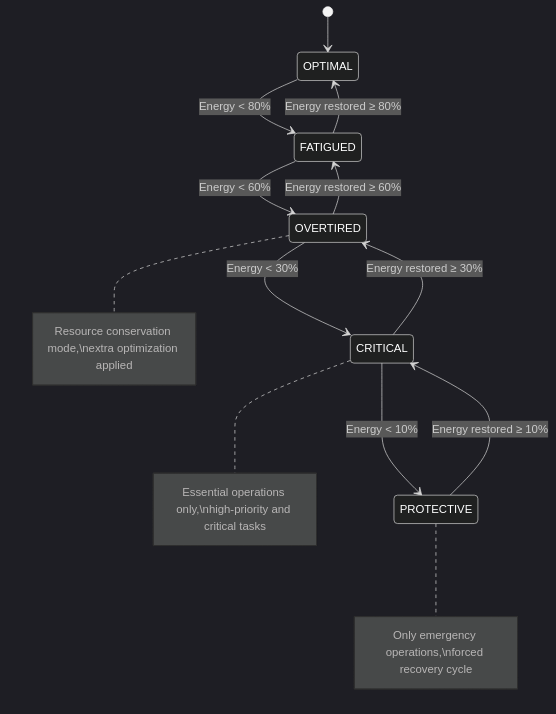
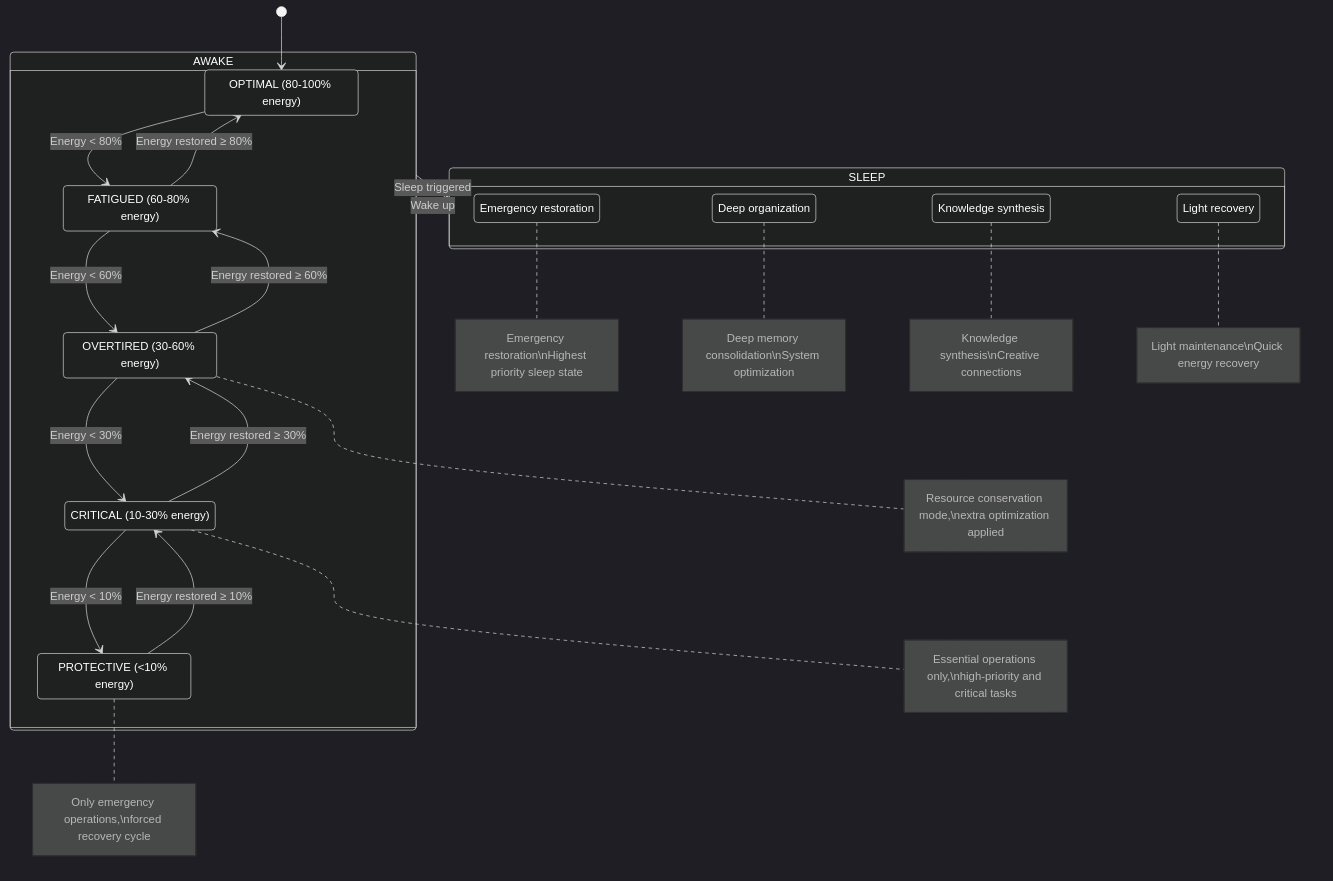
One commit to Ollama-Agent-Roll-Cage/oarc-rag changed the first of 2 diagrams in docs/Cognition.md. Above: the diagram before and after it, drawn with Mermaid. The commit also changed other lines of this file and 2 other files, not shown here.

````diff
--- a/docs/Cognition.md
+++ b/docs/Cognition.md
@@ -133,29 +152,53 @@
 ```mermaid
 %%{init: {
     'theme': 'dark',
     'themeVariables': {
         'background': 'transparent',
         'primaryColor': '#ffffff',
         'primaryTextColor': '#ffffff',
         'primaryBorderColor': '#ffffff',
         'lineColor': '#ffffff',
         'fontSize': '16px',
         'fontFamily': 'arial'
     }
 }}%%
 
 stateDiagram-v2
-    [*] --> OPTIMAL
-    OPTIMAL --> FATIGUED: Energy < 80%
-    FATIGUED --> OPTIMAL: Energy restored ≥ 80%
-    FATIGUED --> OVERTIRED: Energy < 60%
-    OVERTIRED --> FATIGUED: Energy restored ≥ 60%
-    OVERTIRED --> CRITICAL: Energy < 30%
-    CRITICAL --> OVERTIRED: Energy restored ≥ 30%
-    CRITICAL --> PROTECTIVE: Energy < 10%
-    PROTECTIVE --> CRITICAL: Energy restored ≥ 10%
+    [*] --> AWAKE_OPTIMAL
     
-    note right of PROTECTIVE: Only emergency operations,\nforced recovery cycle
-    note right of CRITICAL: Essential operations only,\nhigh-priority and critical tasks
-    note right of OVERTIRED: Resource conservation mode,\nextra optimization applied
+    state AWAKE {
+        AWAKE_OPTIMAL: OPTIMAL (80-100% energy)
+        AWAKE_FATIGUED: FATIGUED (60-80% energy)
+        AWAKE_OVERTIRED: OVERTIRED (30-60% energy)
+        AWAKE_CRITICAL: CRITICAL (10-30% energy)
+        AWAKE_PROTECTIVE: PROTECTIVE (<10% energy)
+        
+        AWAKE_OPTIMAL --> AWAKE_FATIGUED: Energy < 80%
+        AWAKE_FATIGUED --> AWAKE_OPTIMAL: Energy restored ≥ 80%
+        AWAKE_FATIGUED --> AWAKE_OVERTIRED: Energy < 60%
+        AWAKE_OVERTIRED --> AWAKE_FATIGUED: Energy restored ≥ 60%
+        AWAKE_OVERTIRED --> AWAKE_CRITICAL: Energy < 30%
+        AWAKE_CRITICAL --> AWAKE_OVERTIRED: Energy restored ≥ 30%
+        AWAKE_CRITICAL --> AWAKE_PROTECTIVE: Energy < 10%
+        AWAKE_PROTECTIVE --> AWAKE_CRITICAL: Energy restored ≥ 10%
+    }
+    
+    state SLEEP {
+        SLEEP_NAPPING: Light recovery
+        SLEEP_SLOW_WAVE: Deep organization
+        SLEEP_REM: Knowledge synthesis
+        SLEEP_RECOVERY: Emergency restoration
+    }
+    
+    AWAKE --> SLEEP: Sleep triggered
+    SLEEP --> AWAKE: Wake up
+    
+    note right of AWAKE_PROTECTIVE: Only emergency operations,\nforced recovery cycle
+    note right of AWAKE_CRITICAL: Essential operations only,\nhigh-priority and critical tasks
+    note right of AWAKE_OVERTIRED: Resource conservation mode,\nextra optimization applied
+    
+    note right of SLEEP_RECOVERY: Emergency restoration\nHighest priority sleep state
+    note right of SLEEP_SLOW_WAVE: Deep memory consolidation\nSystem optimization
+    note right of SLEEP_REM: Knowledge synthesis\nCreative connections
+    note right of SLEEP_NAPPING: Light maintenance\nQuick energy recovery
 ```
````
